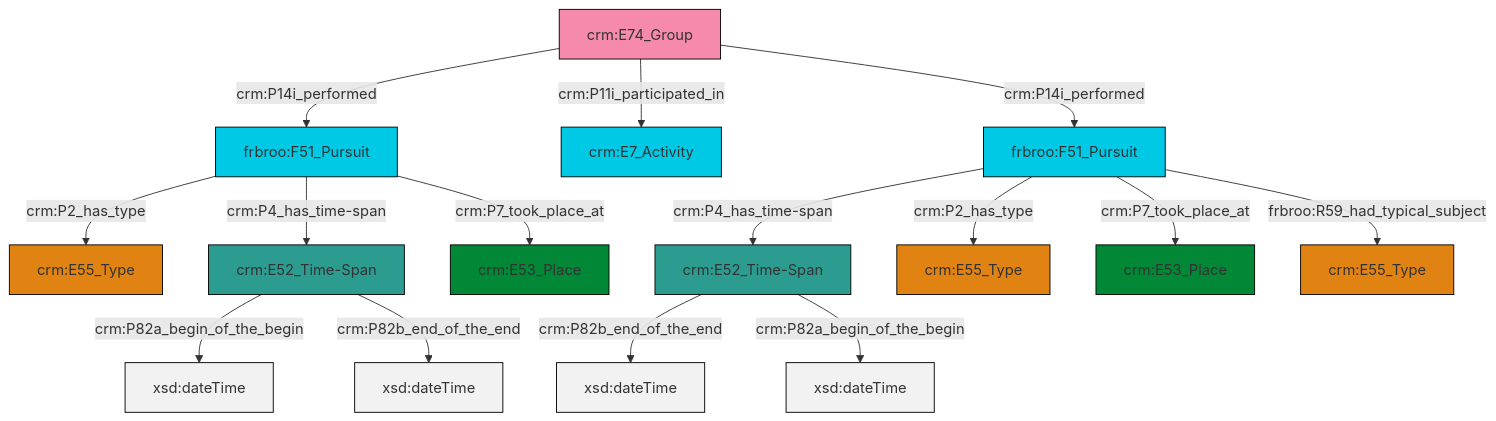
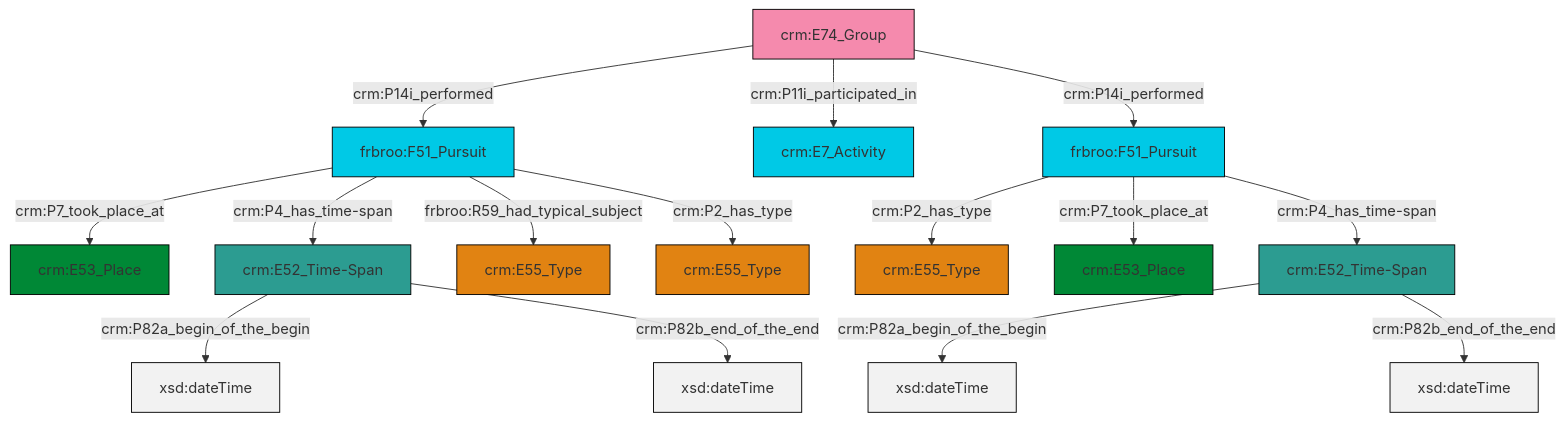
One commit to swiss-art-research-net/docs.swissartresearch changed the diagram in et/groupCSV/ttl/mmd/group_events.ttl.mmd. Above: the diagram before and after it, drawn with Mermaid. The commit also changed 178 other files, not shown here.

```diff
--- a/et/groupCSV/ttl/mmd/group_events.ttl.mmd
+++ b/et/groupCSV/ttl/mmd/group_events.ttl.mmd
@@ -1,29 +1,29 @@
 graph TD
 classDef Literal fill:#f2f2f2,stroke:#000000;
 classDef CRM_Entity fill:#FFFFFF,stroke:#000000;
 classDef Temporal_Entity fill:#00C9E6, stroke:#000000;
 classDef Type fill:#E18312, stroke:#000000;
 classDef Time-Span fill:#2C9C91, stroke:#000000;
 classDef Appellation fill:#FFEB7F, stroke:#000000;
 classDef Place fill:#008836, stroke:#000000;
 classDef Persistent_Item fill:#B266B2, stroke:#000000;
 classDef Conceptual_Object fill:#FFD700, stroke:#000000;
 classDef Physical_Thing fill:#D2B48C, stroke:#000000;
 classDef Actor fill:#f58aad, stroke:#000000;
 classDef PC_Classes fill:#4ce600, stroke:#000000;
 classDef Multi fill:#cccccc,stroke:#000000;
 
-2["frbroo:F51_Pursuit"]:::Temporal_Entity -->|crm:P2_has_type| 4["crm:E55_Type"]:::Type
-5["crm:E74_Group"]:::Actor -->|crm:P14i_performed| 2["frbroo:F51_Pursuit"]:::Temporal_Entity
-6["frbroo:F51_Pursuit"]:::Temporal_Entity -->|crm:P4_has_time-span| 7["crm:E52_Time-Span"]:::Time-Span
-7["crm:E52_Time-Span"]:::Time-Span -->|crm:P82b_end_of_the_end| 10[xsd:dateTime]:::Literal
-5["crm:E74_Group"]:::Actor -->|crm:P11i_participated_in| 11["crm:E7_Activity"]:::Temporal_Entity
-6["frbroo:F51_Pursuit"]:::Temporal_Entity -->|crm:P2_has_type| 14["crm:E55_Type"]:::Type
-6["frbroo:F51_Pursuit"]:::Temporal_Entity -->|crm:P7_took_place_at| 16["crm:E53_Place"]:::Place
-7["crm:E52_Time-Span"]:::Time-Span -->|crm:P82a_begin_of_the_begin| 22[xsd:dateTime]:::Literal
-0["crm:E52_Time-Span"]:::Time-Span -->|crm:P82a_begin_of_the_begin| 24[xsd:dateTime]:::Literal
-6["frbroo:F51_Pursuit"]:::Temporal_Entity -->|frbroo:R59_had_typical_subject| 8["crm:E55_Type"]:::Type
-2["frbroo:F51_Pursuit"]:::Temporal_Entity -->|crm:P4_has_time-span| 0["crm:E52_Time-Span"]:::Time-Span
-0["crm:E52_Time-Span"]:::Time-Span -->|crm:P82b_end_of_the_end| 25[xsd:dateTime]:::Literal
-5["crm:E74_Group"]:::Actor -->|crm:P14i_performed| 6["frbroo:F51_Pursuit"]:::Temporal_Entity
-2["frbroo:F51_Pursuit"]:::Temporal_Entity -->|crm:P7_took_place_at| 19["crm:E53_Place"]:::Place
+0["frbroo:F51_Pursuit"]:::Temporal_Entity -->|crm:P2_has_type| 1["crm:E55_Type"]:::Type
+3["crm:E74_Group"]:::Actor -->|crm:P14i_performed| 4["frbroo:F51_Pursuit"]:::Temporal_Entity
+5["crm:E52_Time-Span"]:::Time-Span -->|crm:P82a_begin_of_the_begin| 6[xsd:dateTime]:::Literal
+0["frbroo:F51_Pursuit"]:::Temporal_Entity -->|crm:P7_took_place_at| 10["crm:E53_Place"]:::Place
+4["frbroo:F51_Pursuit"]:::Temporal_Entity -->|crm:P7_took_place_at| 13["crm:E53_Place"]:::Place
+4["frbroo:F51_Pursuit"]:::Temporal_Entity -->|crm:P4_has_time-span| 5["crm:E52_Time-Span"]:::Time-Span
+0["frbroo:F51_Pursuit"]:::Temporal_Entity -->|crm:P4_has_time-span| 11["crm:E52_Time-Span"]:::Time-Span
+5["crm:E52_Time-Span"]:::Time-Span -->|crm:P82b_end_of_the_end| 17[xsd:dateTime]:::Literal
+11["crm:E52_Time-Span"]:::Time-Span -->|crm:P82a_begin_of_the_begin| 20[xsd:dateTime]:::Literal
+4["frbroo:F51_Pursuit"]:::Temporal_Entity -->|frbroo:R59_had_typical_subject| 21["crm:E55_Type"]:::Type
+3["crm:E74_Group"]:::Actor -->|crm:P11i_participated_in| 22["crm:E7_Activity"]:::Temporal_Entity
+4["frbroo:F51_Pursuit"]:::Temporal_Entity -->|crm:P2_has_type| 8["crm:E55_Type"]:::Type
+3["crm:E74_Group"]:::Actor -->|crm:P14i_performed| 0["frbroo:F51_Pursuit"]:::Temporal_Entity
+11["crm:E52_Time-Span"]:::Time-Span -->|crm:P82b_end_of_the_end| 27[xsd:dateTime]:::Literal
```
